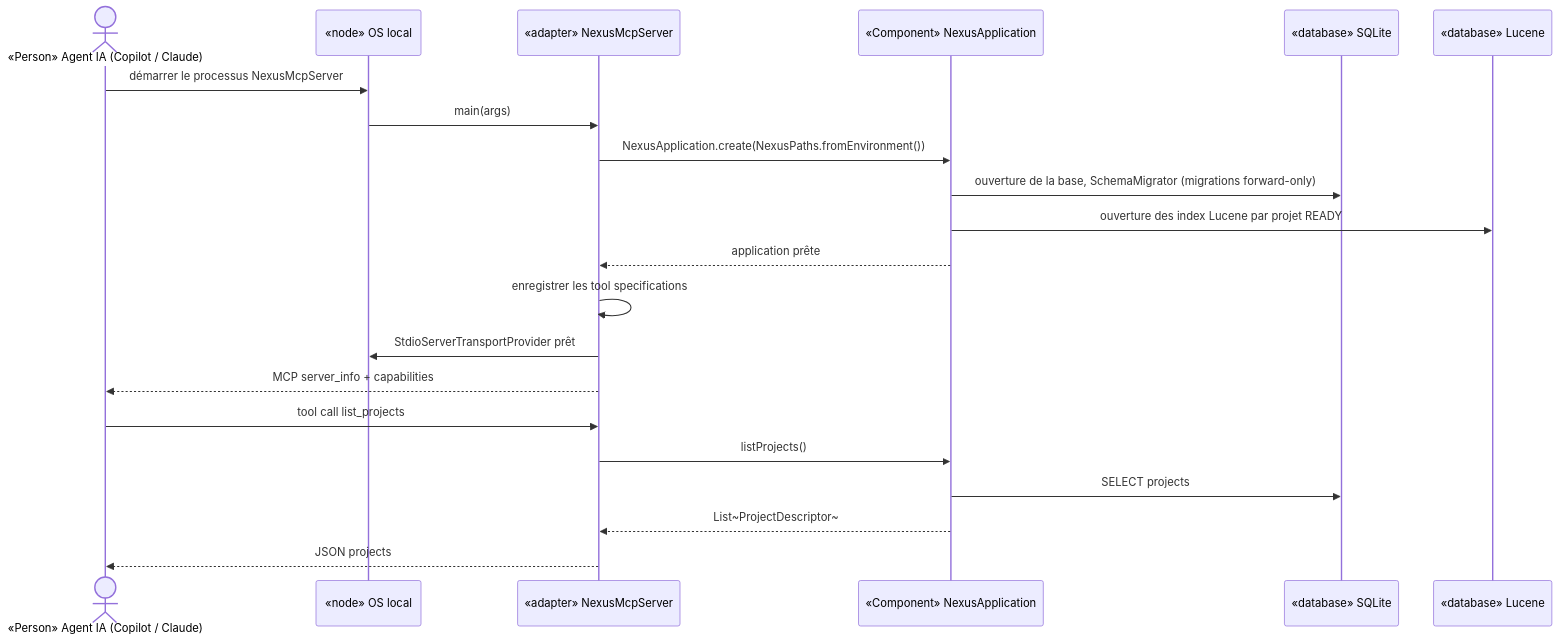
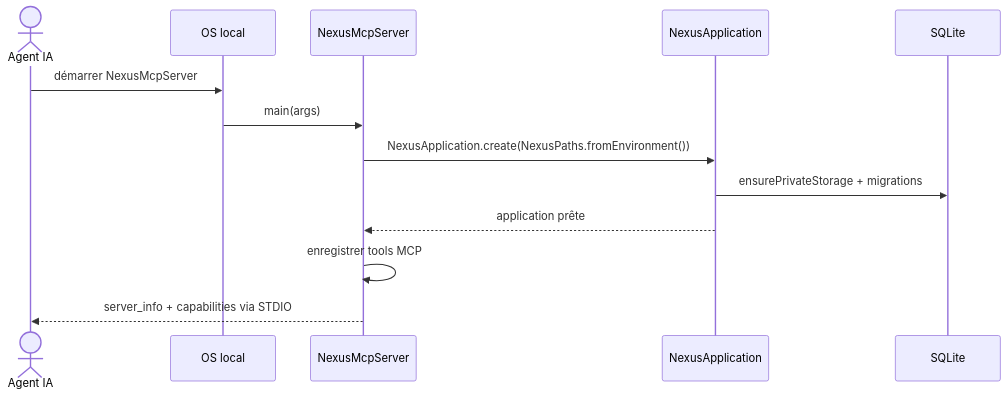
The eighth of 8 diagrams in docs/architecture/arc42/06-vue-execution.md (FTurleque/nexus-context-engine), drawn with Mermaid before and after one commit. The commit also changed other lines of this file and 21 other files, not shown here.

````diff
--- a/docs/architecture/arc42/06-vue-execution.md
+++ b/docs/architecture/arc42/06-vue-execution.md
@@ -162,24 +208,16 @@
 ```mermaid
 sequenceDiagram
-    actor Agent as «Person» Agent IA (Copilot / Claude)
-    participant OS as «node» OS local
-    participant MCP as «adapter» NexusMcpServer
-    participant App as «Component» NexusApplication
-    participant SQLiteDB as «database» SQLite
-    participant LuceneDB as «database» Lucene
+    actor Agent as Agent IA
+    participant OS as OS local
+    participant MCP as NexusMcpServer
+    participant App as NexusApplication
+    participant SQLite as SQLite
 
-    Agent->>OS: démarrer le processus NexusMcpServer
+    Agent->>OS: démarrer NexusMcpServer
     OS->>MCP: main(args)
     MCP->>App: NexusApplication.create(NexusPaths.fromEnvironment())
-    App->>SQLiteDB: ouverture de la base, SchemaMigrator (migrations forward-only)
-    App->>LuceneDB: ouverture des index Lucene par projet READY
+    App->>SQLite: ensurePrivateStorage + migrations
     App-->>MCP: application prête
-    MCP->>MCP: enregistrer les tool specifications
-    MCP->>OS: StdioServerTransportProvider prêt
-    MCP-->>Agent: MCP server_info + capabilities
-    Agent->>MCP: tool call list_projects
-    MCP->>App: listProjects()
-    App->>SQLiteDB: SELECT projects
-    App-->>MCP: List~ProjectDescriptor~
-    MCP-->>Agent: JSON projects
+    MCP->>MCP: enregistrer tools MCP
+    MCP-->>Agent: server_info + capabilities via STDIO
 ```
````
